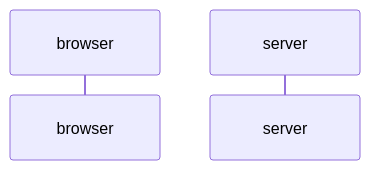
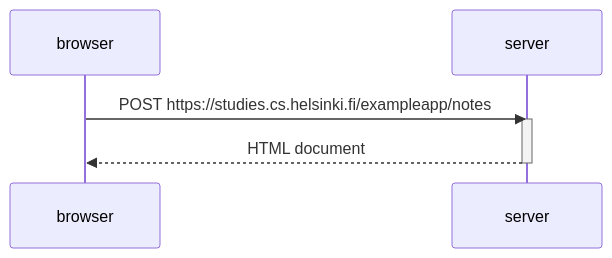
Before and after one commit to AapoTuulentie/fullstack_open: the diagram in osa0/tehtava4.md, drawn with Mermaid.

````diff
--- a/osa0/tehtava4.md
+++ b/osa0/tehtava4.md
@@ -1,5 +1,11 @@
 ```mermaid
 sequenceDiagram;
     participant browser;
     participant server;
+    
+    browser ->> server: POST https://studies.cs.helsinki.fi/exampleapp/notes;
+    activate server;
+    server -->> browser: HTML document;
+    deactivate server;
+    
 ```
````
